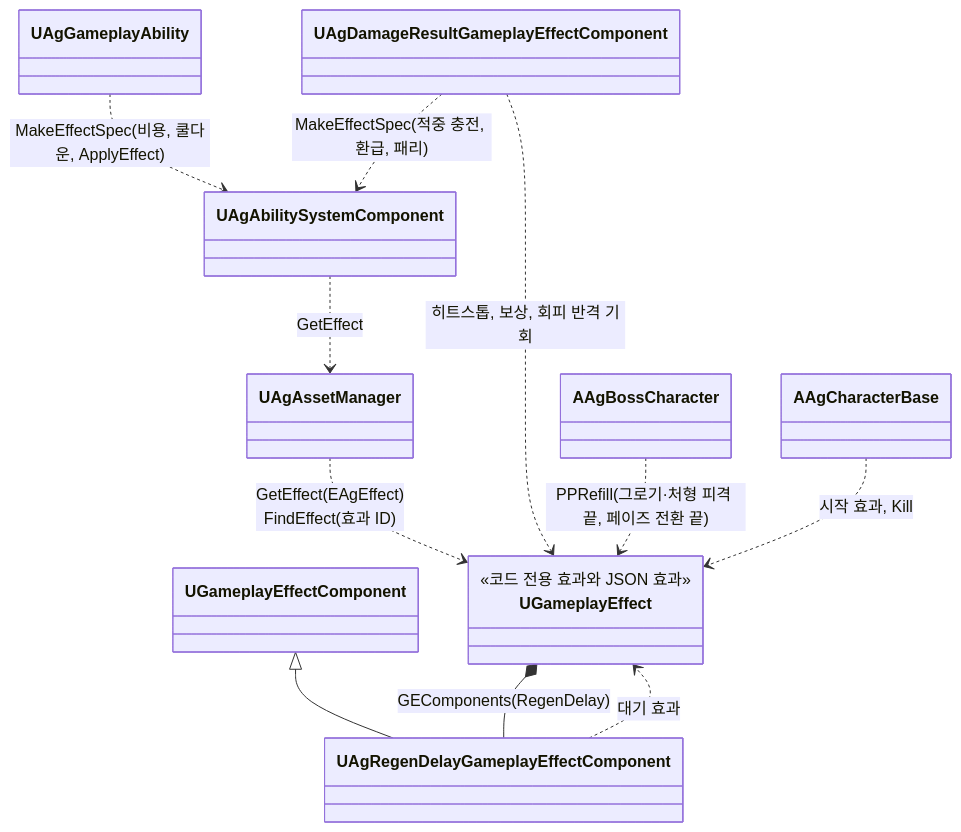
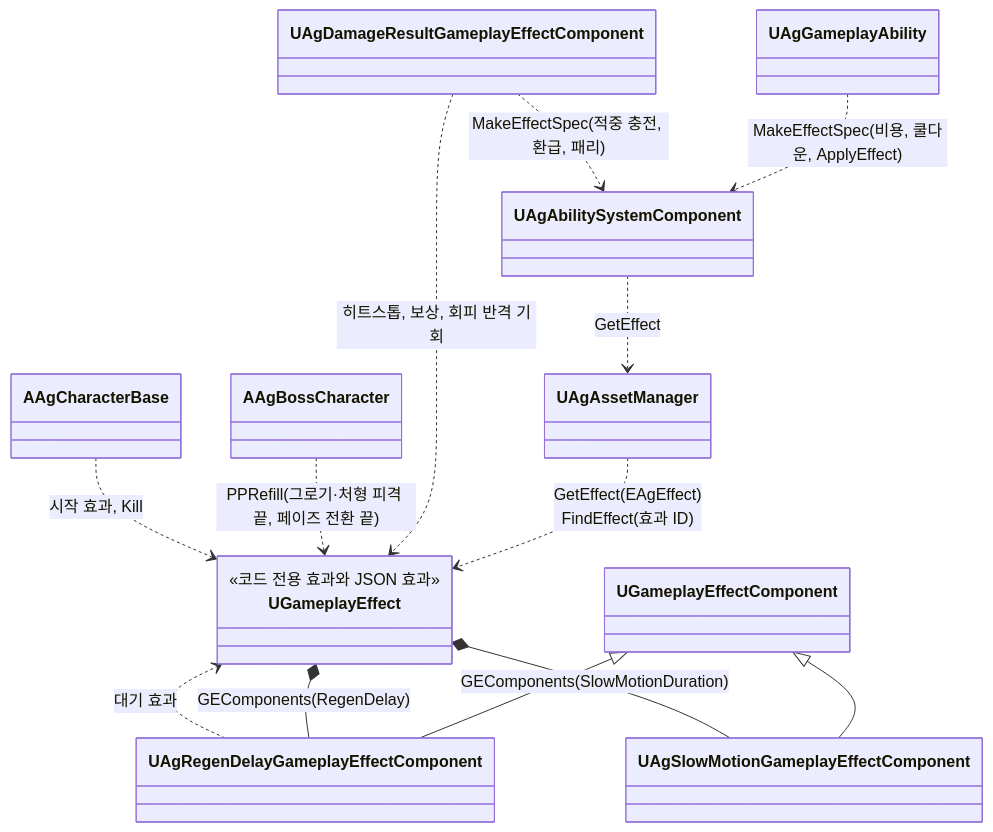
One commit to Woogl/Ag changed the fourth of 4 diagrams in Docs/Program/캐릭터와 GAS.md. Above: the diagram before and after it, drawn with Mermaid. The commit also changed other lines of this file and 34 other files, not shown here.

````diff
--- a/Docs/Program/캐릭터와 GAS.md
+++ b/Docs/Program/캐릭터와 GAS.md
@@ -130,17 +131,19 @@
 ```mermaid
 classDiagram
     direction TB
     class UGameplayEffect {
         <<코드 전용 효과와 JSON 효과>>
     }
     UAgAssetManager ..> UGameplayEffect : GetEffect(EAgEffect)<br>FindEffect(효과 ID)
     UGameplayEffectComponent <|-- UAgRegenDelayGameplayEffectComponent
     UGameplayEffect *-- UAgRegenDelayGameplayEffectComponent : GEComponents(RegenDelay)
     UAgRegenDelayGameplayEffectComponent ..> UGameplayEffect : 대기 효과
+    UGameplayEffectComponent <|-- UAgSlowMotionGameplayEffectComponent
+    UGameplayEffect *-- UAgSlowMotionGameplayEffectComponent : GEComponents(SlowMotionDuration)
     UAgAbilitySystemComponent ..> UAgAssetManager : GetEffect
     UAgGameplayAbility ..> UAgAbilitySystemComponent : MakeEffectSpec(비용, 쿨다운, ApplyEffect)
     UAgDamageResultGameplayEffectComponent ..> UAgAbilitySystemComponent : MakeEffectSpec(적중 충전, 환급, 패리)
     UAgDamageResultGameplayEffectComponent ..> UGameplayEffect : 히트스톱, 보상, 회피 반격 기회
     AAgBossCharacter ..> UGameplayEffect : PPRefill(그로기·처형 피격 끝, 페이즈 전환 끝)
     AAgCharacterBase ..> UGameplayEffect : 시작 효과, Kill
 ```
````
